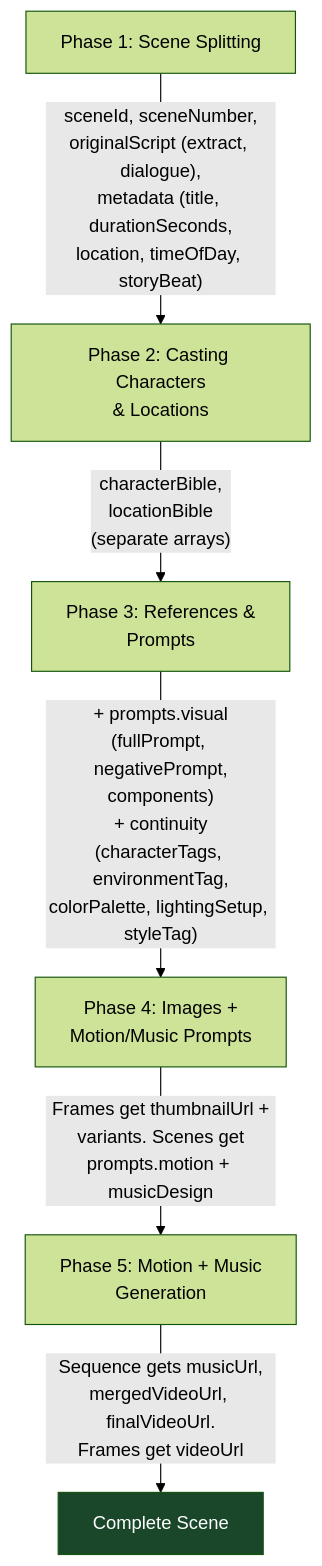
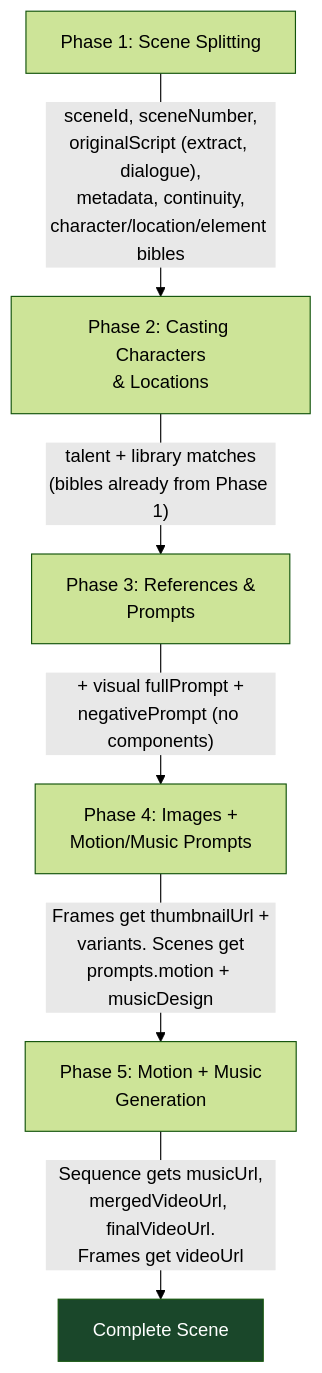
The seventh of 7 diagrams in docs/developer-guide/workflow.md (ai-shreyas/openstory), drawn with Mermaid (forest theme) before and after one commit. The commit also changed other lines of this file and 16 other files, not shown here.

````diff
--- a/docs/developer-guide/workflow.md
+++ b/docs/developer-guide/workflow.md
@@ -312,10 +310,10 @@
 ```mermaid
 flowchart TD
-    P1["Phase 1: Scene Splitting"] -->|"sceneId, sceneNumber,<br/>originalScript (extract, dialogue),<br/>metadata (title, durationSeconds,<br/>location, timeOfDay, storyBeat)"| P2
-    P2["Phase 2: Casting Characters<br/>& Locations"] -->|"characterBible,<br/>locationBible<br/>(separate arrays)"| P3
-    P3["Phase 3: References &<br/>Prompts"] -->|"+ prompts.visual<br/>(fullPrompt, negativePrompt,<br/>components)<br/>+ continuity<br/>(characterTags, environmentTag,<br/>colorPalette, lightingSetup, styleTag)"| P4
+    P1["Phase 1: Scene Splitting"] -->|"sceneId, sceneNumber,<br/>originalScript (extract, dialogue),<br/>metadata, continuity,<br/>character/location/element bibles"| P2
+    P2["Phase 2: Casting Characters<br/>& Locations"] -->|"talent + library matches<br/>(bibles already from Phase 1)"| P3
+    P3["Phase 3: References &<br/>Prompts"] -->|"+ visual fullPrompt +<br/>negativePrompt (no components)"| P4
     P4["Phase 4: Images +<br/>Motion/Music Prompts"] -->|"Frames get thumbnailUrl +<br/>variants. Scenes get<br/>prompts.motion + musicDesign"| P5
     P5["Phase 5: Motion + Music<br/>Generation"] -->|"Sequence gets musicUrl,<br/>mergedVideoUrl, finalVideoUrl.<br/>Frames get videoUrl"| Final["Complete Scene"]
 
     style Final fill:#1a472a,color:#fff
 ```
````
